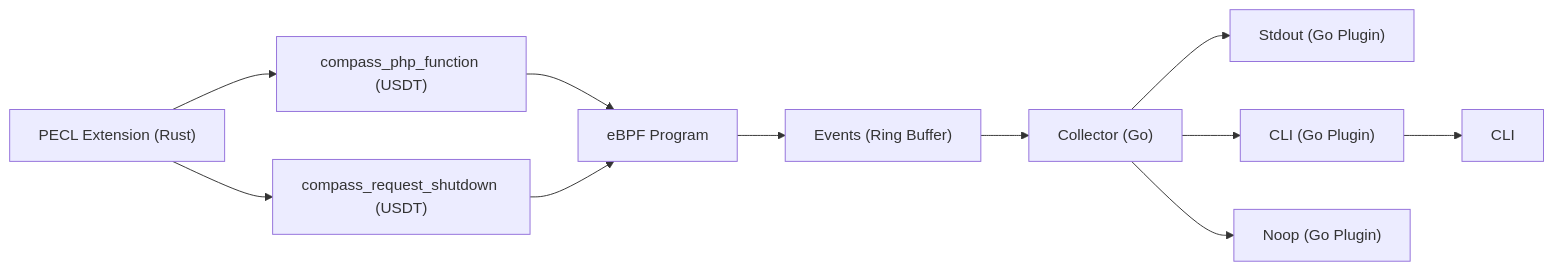
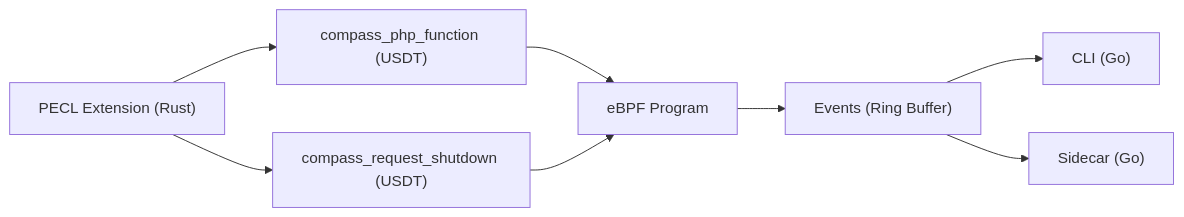
The diagram in README.md (skpr/compass), drawn with Mermaid before and after one commit. The commit also changed other lines of this file, not shown here.

````diff
--- a/README.md
+++ b/README.md
@@ -12,18 +12,13 @@
 ```mermaid
 flowchart LR
    Extension["PECL Extension (Rust)"] --> compass_php_function["compass_php_function (USDT)"]
    Extension --> compass_request_shutdown["compass_request_shutdown (USDT)"]
 
    compass_php_function --> eBPF[eBPF Program]
    compass_request_shutdown --> eBPF
 
    eBPF --> Events["Events (Ring Buffer)"]
 
-   Events --> Collector["Collector (Go)"]
-
-   Collector --> PluginStdout["Stdout (Go Plugin)"]
-   Collector --> PluginCLI["CLI (Go Plugin)"]
-   Collector --> PluginNoop["Noop (Go Plugin)"]
-
-   PluginCLI --> CLI
+   Events --> CLI["CLI (Go)"]
+   Events --> Sidecar["Sidecar (Go)"]
 ```
````
